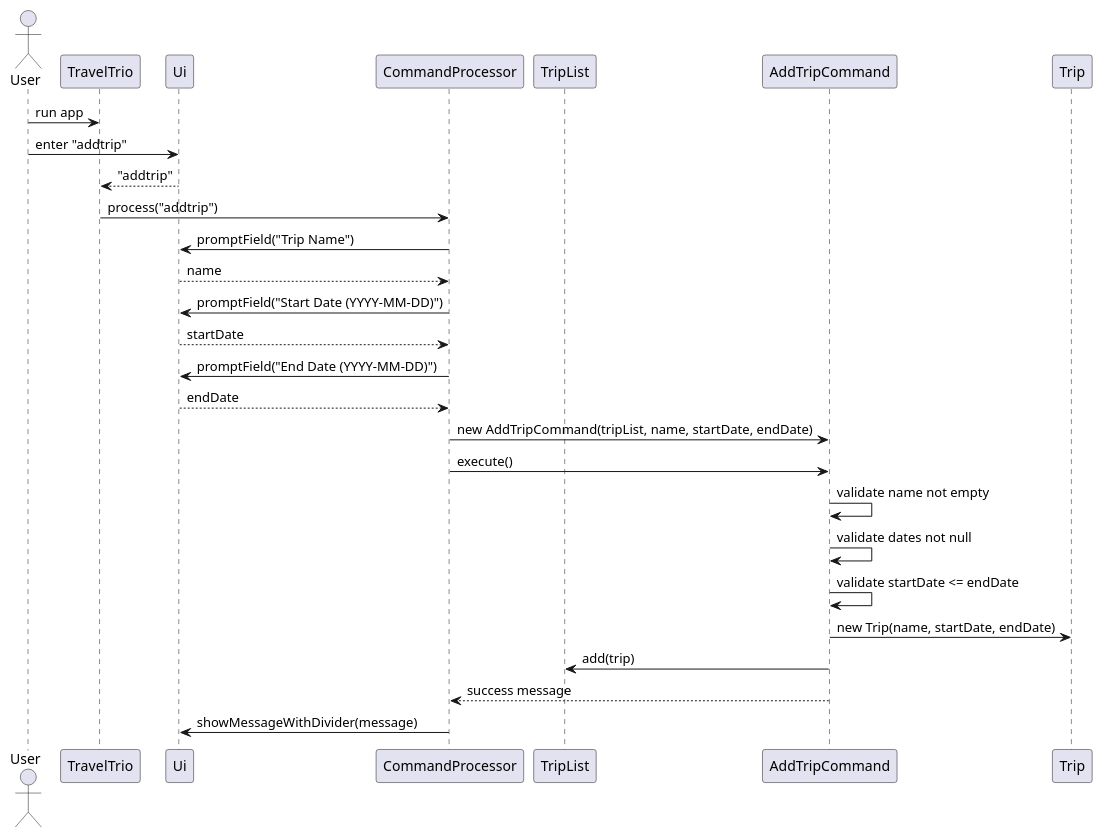
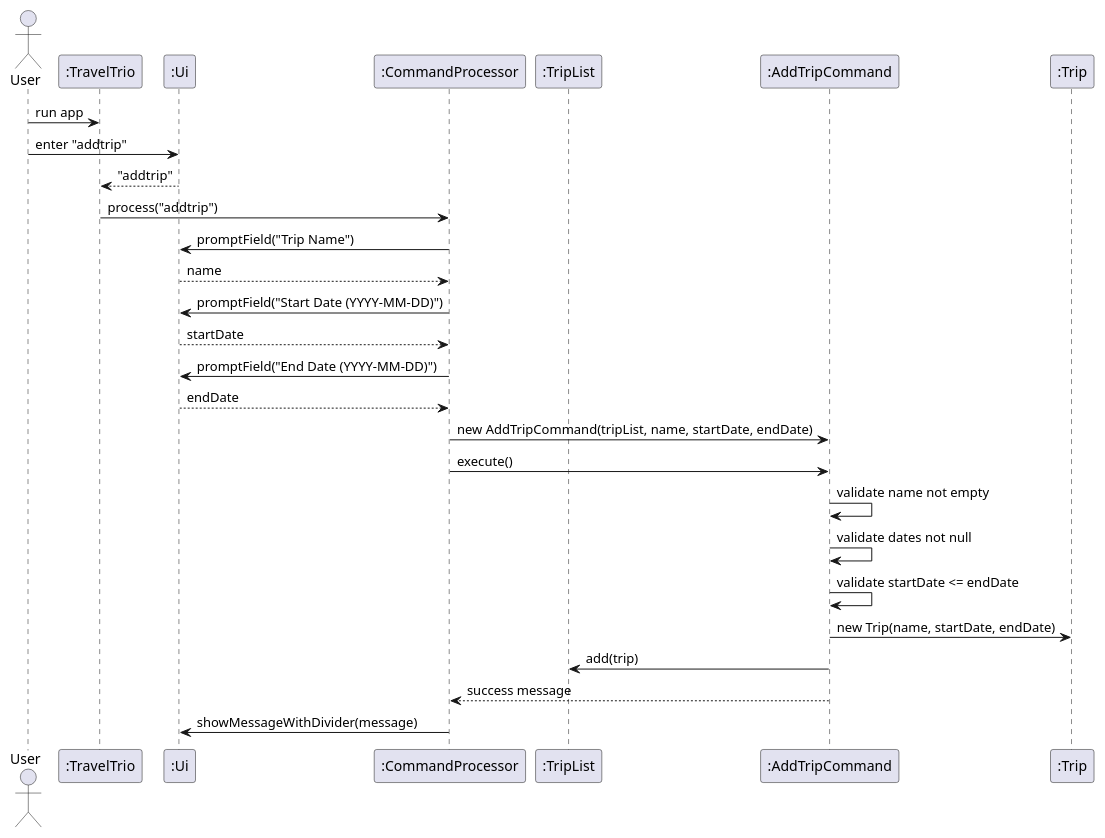
One commit to 5iu5/tp changed the diagram in docs/diagrams/AddTripDiagram.puml. Above: the diagram before and after it, drawn with PlantUML. The commit also changed 7 other files, not shown here.

```diff
--- a/docs/diagrams/AddTripDiagram.puml
+++ b/docs/diagrams/AddTripDiagram.puml
@@ -1,35 +1,35 @@
 @startuml
 actor User
-participant TravelTrio
-participant Ui
-participant CommandProcessor
-participant TripList
-participant AddTripCommand
-participant Trip
+participant ":TravelTrio" as TravelTrio
+participant ":Ui" as Ui
+participant ":CommandProcessor" as CommandProcessor
+participant ":TripList" as TripList
+participant ":AddTripCommand" as AddTripCommand
+participant ":Trip" as Trip
 
 User -> TravelTrio : run app
 User -> Ui : enter "addtrip"
 Ui --> TravelTrio : "addtrip"
 TravelTrio -> CommandProcessor : process("addtrip")
 
 CommandProcessor -> Ui : promptField("Trip Name")
 Ui --> CommandProcessor : name
 CommandProcessor -> Ui : promptField("Start Date (YYYY-MM-DD)")
 Ui --> CommandProcessor : startDate
 CommandProcessor -> Ui : promptField("End Date (YYYY-MM-DD)")
 Ui --> CommandProcessor : endDate
 
 CommandProcessor -> AddTripCommand : new AddTripCommand(tripList, name, startDate, endDate)
 CommandProcessor -> AddTripCommand : execute()
 
 AddTripCommand -> AddTripCommand : validate name not empty
 AddTripCommand -> AddTripCommand : validate dates not null
 AddTripCommand -> AddTripCommand : validate startDate <= endDate
 
 AddTripCommand -> Trip : new Trip(name, startDate, endDate)
 AddTripCommand -> TripList : add(trip)
 
 AddTripCommand --> CommandProcessor : success message
 CommandProcessor -> Ui : showMessageWithDivider(message)
 
 @enduml
```
